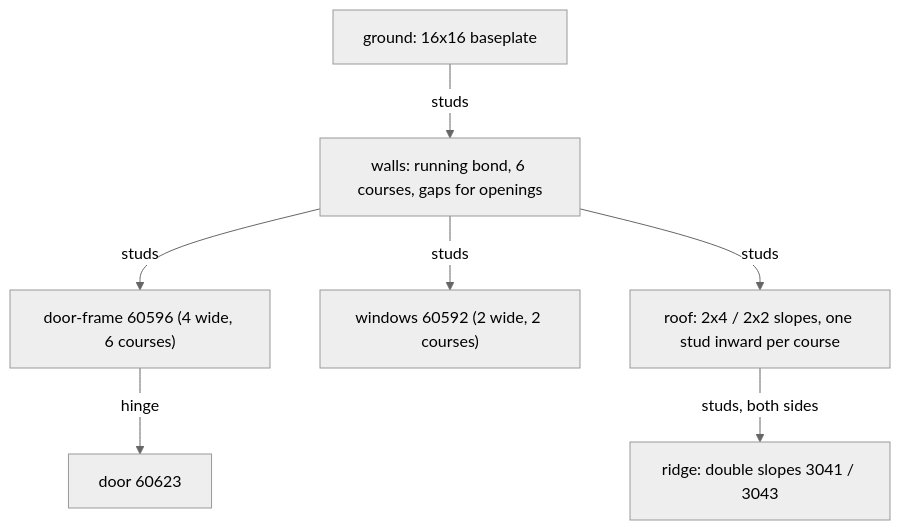
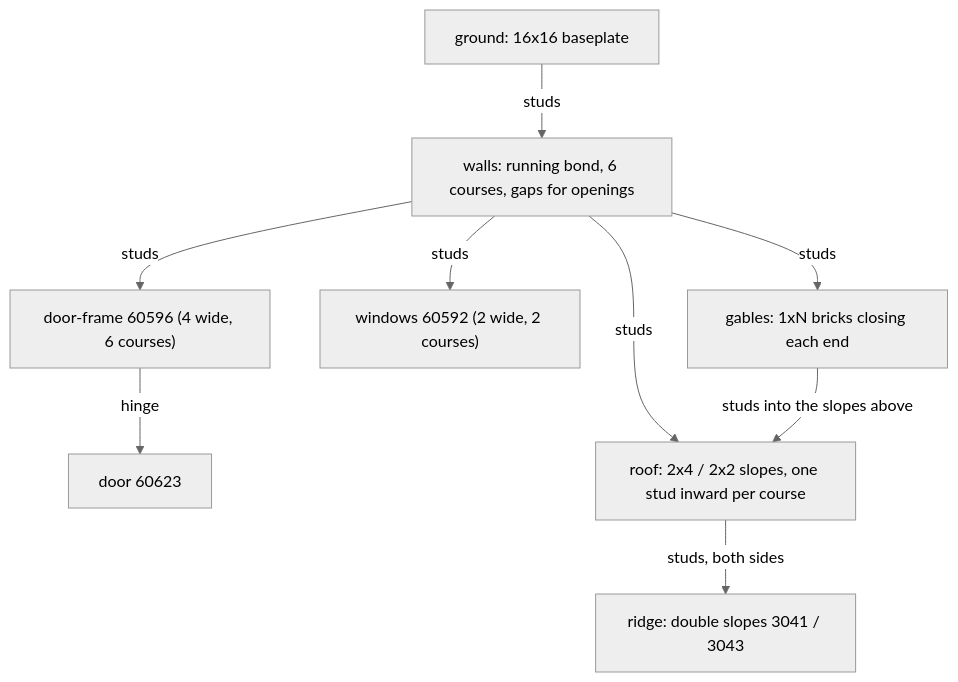
The diagram in docs/reference/small-house.md (anteloc/ldraw-nova), drawn with Mermaid (neutral theme) before and after one commit. The commit also changed other lines of this file and 5 other files, not shown here.

````diff
--- a/docs/reference/small-house.md
+++ b/docs/reference/small-house.md
@@ -7,9 +7,11 @@
 ```mermaid
 flowchart TB
   ground["ground: 16x16 baseplate"] -->|"studs"| walls["walls: running bond, 6 courses, gaps for openings"]
   walls -->|"studs"| frame["door-frame 60596 (4 wide, 6 courses)"]
   frame -->|"hinge"| door["door 60623"]
   walls -->|"studs"| windows["windows 60592 (2 wide, 2 courses)"]
   walls -->|"studs"| slopes["roof: 2x4 / 2x2 slopes, one stud inward per course"]
+  walls -->|"studs"| gables["gables: 1xN bricks closing each end"]
+  gables -->|"studs into the slopes above"| slopes
   slopes -->|"studs, both sides"| ridge["ridge: double slopes 3041 / 3043"]
 ```
````
